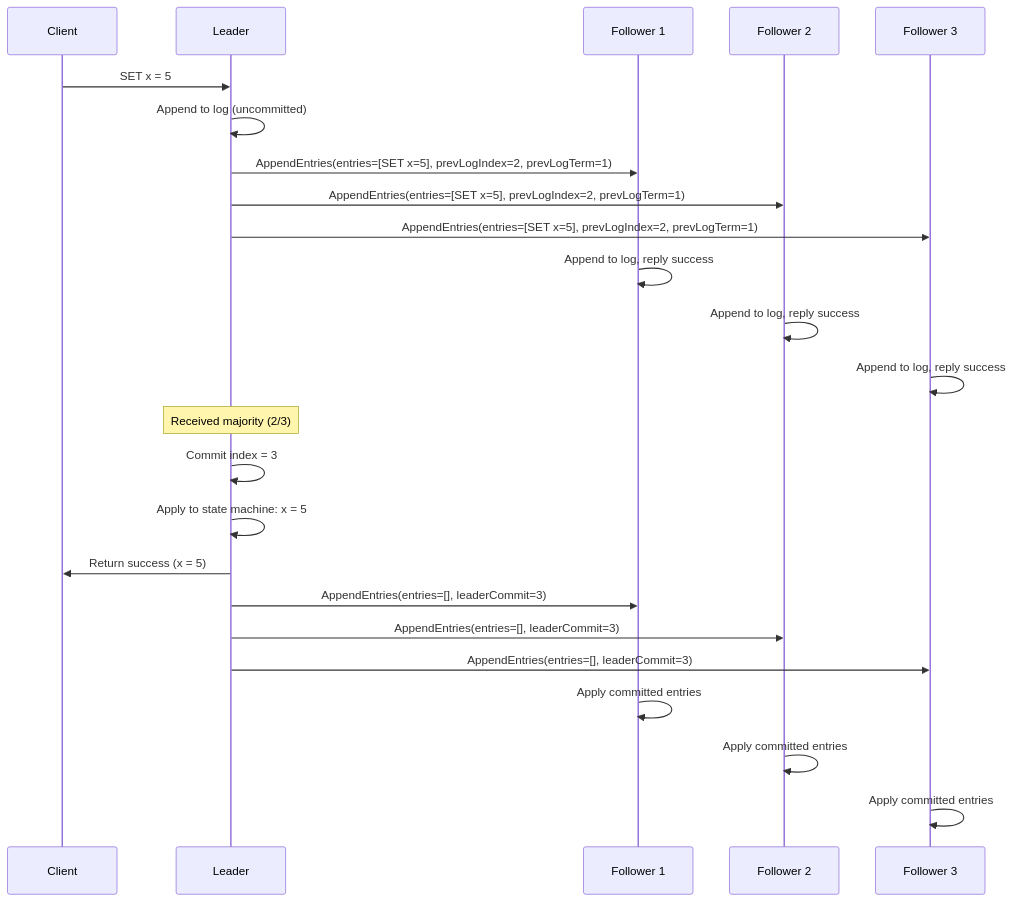
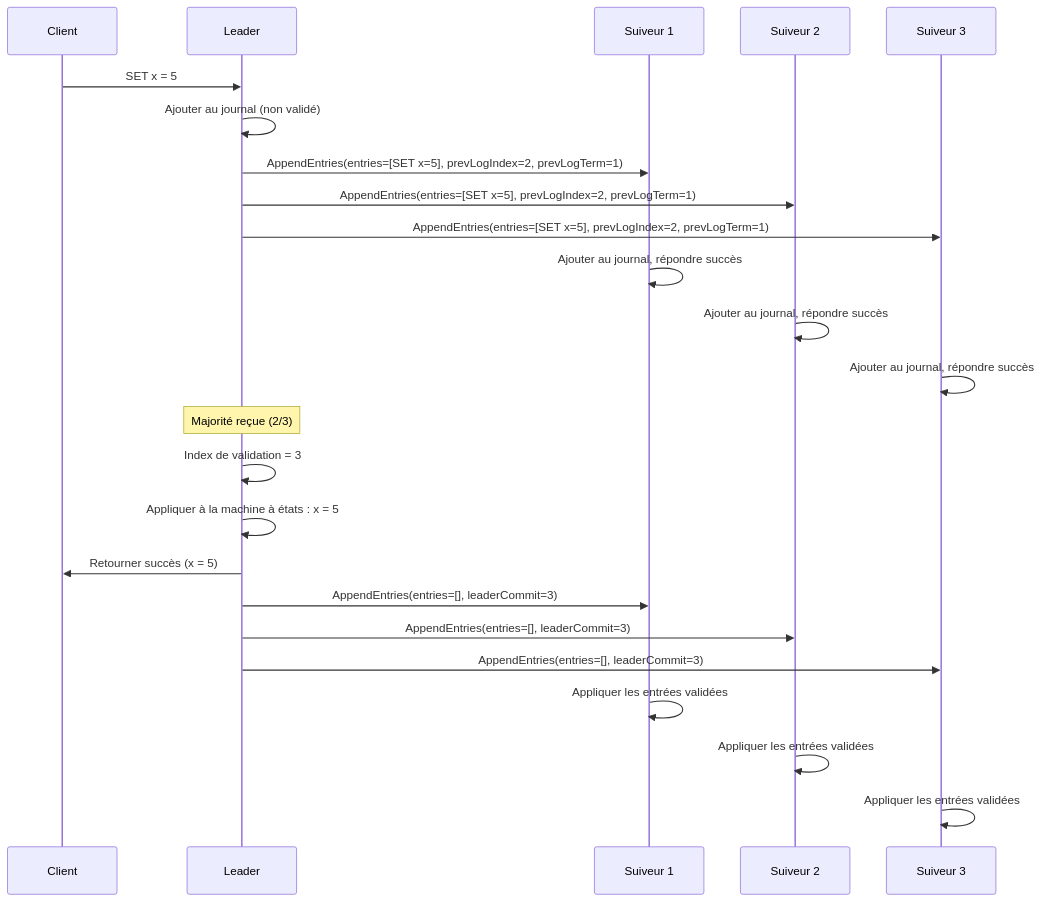
Before and after one commit to dardourimohamed/distributed-systems-course: the first of 3 diagrams in src/consensus/14-log-replication.md, drawn with Mermaid. The commit also changed other lines of this file and 38 other files, not shown here.

````diff
--- a/src/consensus/14-log-replication.md
+++ b/src/consensus/14-log-replication.md
@@ -151,31 +151,31 @@
 ```mermaid
 sequenceDiagram
     participant C as Client
     participant L as Leader
-    participant F1 as Follower 1
-    participant F2 as Follower 2
-    participant F3 as Follower 3
+    participant F1 as Suiveur 1
+    participant F2 as Suiveur 2
+    participant F3 as Suiveur 3
 
     C->>L: SET x = 5
-    L->>L: Append to log (uncommitted)
+    L->>L: Ajouter au journal (non validé)
     L->>F1: AppendEntries(entries=[SET x=5], prevLogIndex=2, prevLogTerm=1)
     L->>F2: AppendEntries(entries=[SET x=5], prevLogIndex=2, prevLogTerm=1)
     L->>F3: AppendEntries(entries=[SET x=5], prevLogIndex=2, prevLogTerm=1)
 
-    F1->>F1: Append to log, reply success
-    F2->>F2: Append to log, reply success
-    F3->>F3: Append to log, reply success
+    F1->>F1: Ajouter au journal, répondre succès
+    F2->>F2: Ajouter au journal, répondre succès
+    F3->>F3: Ajouter au journal, répondre succès
 
-    Note over L: Received majority (2/3)
-    L->>L: Commit index = 3
-    L->>L: Apply to state machine: x = 5
-    L->>C: Return success (x = 5)
+    Note over L: Majorité reçue (2/3)
+    L->>L: Index de validation = 3
+    L->>L: Appliquer à la machine à états : x = 5
+    L->>C: Retourner succès (x = 5)
 
     L->>F1: AppendEntries(entries=[], leaderCommit=3)
     L->>F2: AppendEntries(entries=[], leaderCommit=3)
     L->>F3: AppendEntries(entries=[], leaderCommit=3)
 
-    F1->>F1: Apply committed entries
-    F2->>F2: Apply committed entries
-    F3->>F3: Apply committed entries
+    F1->>F1: Appliquer les entrées validées
+    F2->>F2: Appliquer les entrées validées
+    F3->>F3: Appliquer les entrées validées
 ```
````
